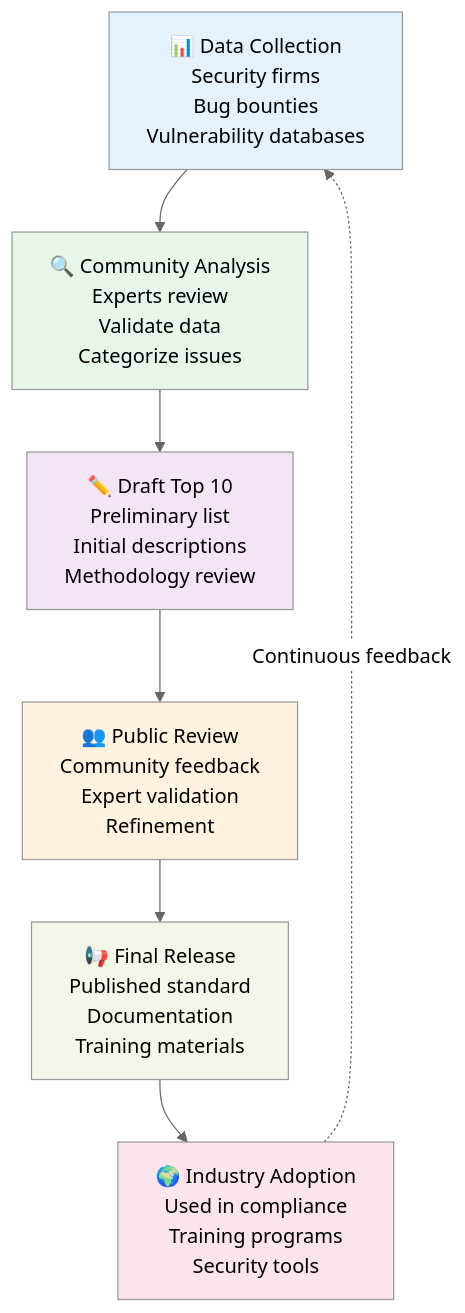
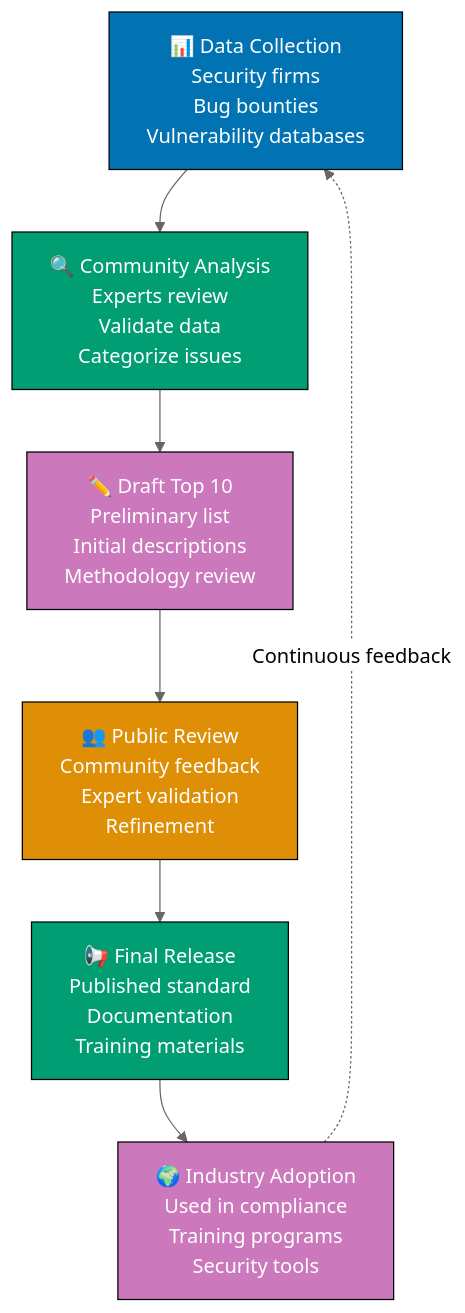
The second of 2 diagrams in docs/explanation/information-security/ex-inse__owasp.md (wahidyankf/open-sharia-enterprise), drawn with Mermaid (neutral theme) before and after one commit. The commit also changed other lines of this file and 22 other files, not shown here.

First line of the commit message:
docs(diagrams): ensure all mermaid diagrams use color-blind friendly palette

````diff
--- a/docs/explanation/information-security/ex-inse__owasp.md
+++ b/docs/explanation/information-security/ex-inse__owasp.md
@@ -224,26 +230,26 @@
 ```mermaid
 graph TD
     A["📊 Data Collection<br/>Security firms<br/>Bug bounties<br/>Vulnerability databases"] -->
     B["🔍 Community Analysis<br/>Experts review<br/>Validate data<br/>Categorize issues"]
 
     B -->
     C["✏️ Draft Top 10<br/>Preliminary list<br/>Initial descriptions<br/>Methodology review"]
 
     C -->
     D["👥 Public Review<br/>Community feedback<br/>Expert validation<br/>Refinement"]
 
     D -->
     E["📢 Final Release<br/>Published standard<br/>Documentation<br/>Training materials"]
 
     E -->
     F["🌍 Industry Adoption<br/>Used in compliance<br/>Training programs<br/>Security tools"]
 
     F -.->|Continuous feedback| A
 
-    style A fill:#e3f2fd
-    style B fill:#e8f5e9
-    style C fill:#f3e5f5
-    style D fill:#fff3e0
-    style E fill:#f1f8e9
-    style F fill:#fce4ec
+    style A fill:#0173B2,stroke:#000000,color:#FFFFFF
+    style B fill:#029E73,stroke:#000000,color:#FFFFFF
+    style C fill:#CC78BC,stroke:#000000,color:#FFFFFF
+    style D fill:#DE8F05,stroke:#000000,color:#FFFFFF
+    style E fill:#029E73,stroke:#000000,color:#FFFFFF
+    style F fill:#CC78BC,stroke:#000000,color:#FFFFFF
 ```
````
